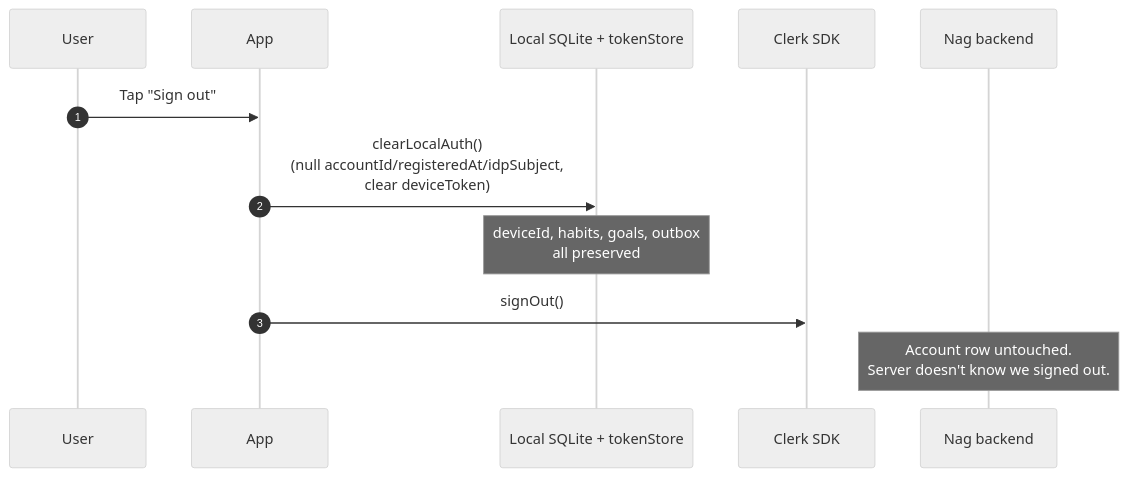
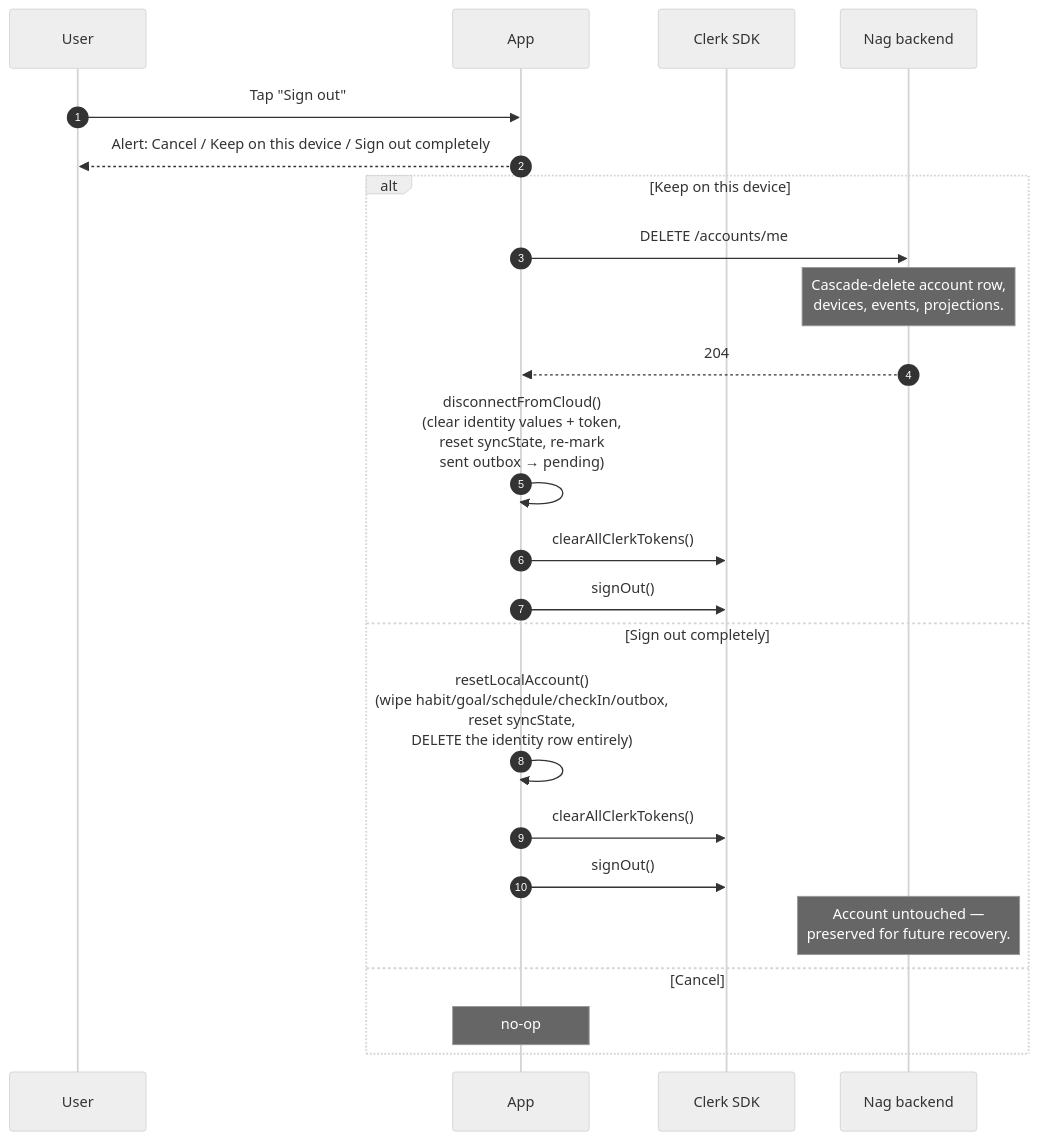
Before and after one commit to auctionready/nag: the third of 12 diagrams in docs/IdentityAndAuth.md, drawn with Mermaid (neutral theme). The commit also changed other lines of this file and 12 other files, not shown here.

````diff
--- a/docs/IdentityAndAuth.md
+++ b/docs/IdentityAndAuth.md
@@ -383,15 +405,26 @@
 ```mermaid
 sequenceDiagram
     autonumber
     participant U as User
     participant App as App
-    participant Local as Local SQLite + tokenStore
     participant Clerk as Clerk SDK
     participant Server as Nag backend
 
     U->>App: Tap "Sign out"
-    App->>Local: clearLocalAuth()<br/>(null accountId/registeredAt/idpSubject,<br/>clear deviceToken)
-    Note over Local: deviceId, habits, goals, outbox<br/>all preserved
-    App->>Clerk: signOut()
-    Note over Server: Account row untouched.<br/>Server doesn't know we signed out.
+    App-->>U: Alert: Cancel / Keep on this device / Sign out completely
+    alt Keep on this device
+        App->>Server: DELETE /accounts/me
+        Note over Server: Cascade-delete account row,<br/>devices, events, projections.
+        Server-->>App: 204
+        App->>App: disconnectFromCloud()<br/>(clear identity values + token,<br/>reset syncState, re-mark<br/>sent outbox → pending)
+        App->>Clerk: clearAllClerkTokens()
+        App->>Clerk: signOut()
+    else Sign out completely
+        App->>App: resetLocalAccount()<br/>(wipe habit/goal/schedule/checkIn/outbox,<br/>reset syncState,<br/>DELETE the identity row entirely)
+        App->>Clerk: clearAllClerkTokens()
+        App->>Clerk: signOut()
+        Note over Server: Account untouched —<br/>preserved for future recovery.
+    else Cancel
+        Note over App: no-op
+    end
 ```
````
